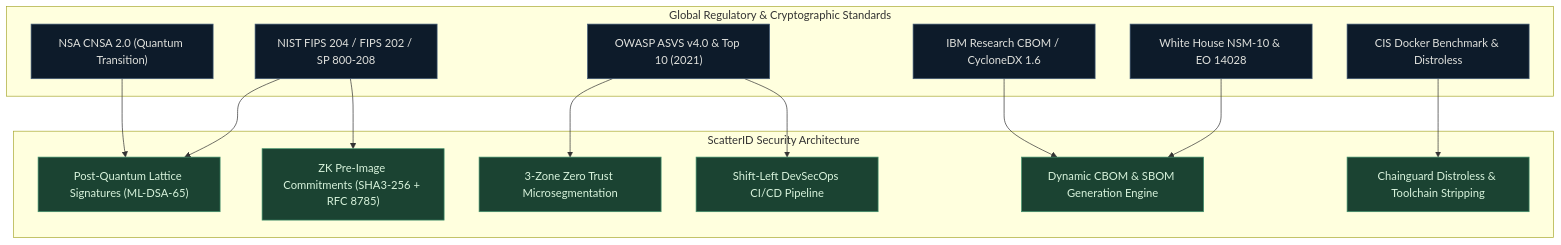
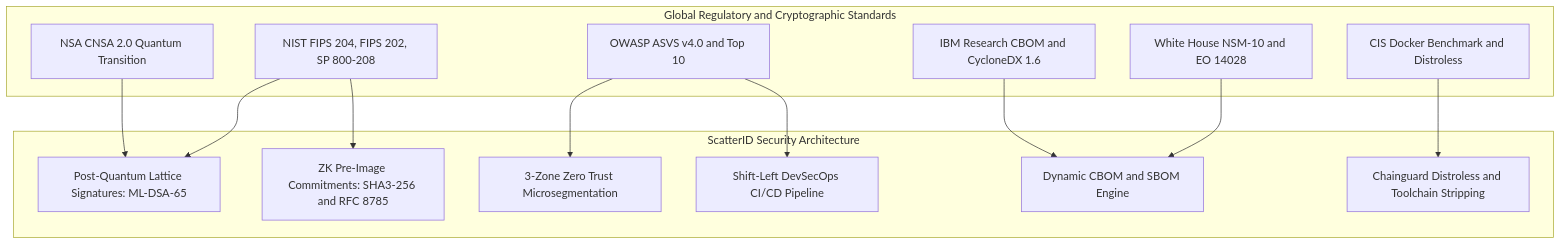
Before and after one commit to 0x4rc4n3/ScatterID: the first of 3 diagrams in README.md, drawn with Mermaid. The commit also changed other lines of this file and 1 other file, not shown here.

Commit message:
docs: fix Mermaid syntax for GitHub rich display rendering

````diff
--- a/README.md
+++ b/README.md
@@ -40,34 +40,29 @@
 ```mermaid
 flowchart TD
-    subgraph STANDARDS["Global Regulatory & Cryptographic Standards"]
-        NIST["NIST FIPS 204 / FIPS 202 / SP 800-208"]
-        NSA["NSA CNSA 2.0 (Quantum Transition)"]
-        WH["White House NSM-10 & EO 14028"]
-        OWASP["OWASP ASVS v4.0 & Top 10 (2021)"]
-        IBM["IBM Research CBOM / CycloneDX 1.6"]
-        CIS["CIS Docker Benchmark & Distroless"]
+    subgraph STANDARDS["Global Regulatory and Cryptographic Standards"]
+        NIST["NIST FIPS 204, FIPS 202, SP 800-208"]
+        NSA["NSA CNSA 2.0 Quantum Transition"]
+        WH["White House NSM-10 and EO 14028"]
+        OWASP["OWASP ASVS v4.0 and Top 10"]
+        IBM["IBM Research CBOM and CycloneDX 1.6"]
+        CIS["CIS Docker Benchmark and Distroless"]
     end
 
     subgraph SCATTERID["ScatterID Security Architecture"]
-        PQC["Post-Quantum Lattice Signatures (ML-DSA-65)"]
-        COMMIT["ZK Pre-Image Commitments (SHA3-256 + RFC 8785)"]
+        PQC["Post-Quantum Lattice Signatures: ML-DSA-65"]
+        COMMIT["ZK Pre-Image Commitments: SHA3-256 and RFC 8785"]
         MICRO["3-Zone Zero Trust Microsegmentation"]
         PIPE["Shift-Left DevSecOps CI/CD Pipeline"]
-        CBOM_ENG["Dynamic CBOM & SBOM Generation Engine"]
-        CONT["Chainguard Distroless & Toolchain Stripping"]
+        CBOM_ENG["Dynamic CBOM and SBOM Engine"]
+        CONT["Chainguard Distroless and Toolchain Stripping"]
     end
 
     NIST --> PQC
     NIST --> COMMIT
     NSA --> PQC
     WH --> CBOM_ENG
     IBM --> CBOM_ENG
     OWASP --> MICRO
     OWASP --> PIPE
     CIS --> CONT
-
-    classDef std fill:#0d1b2a,stroke:#415a77,color:#e0e1dd;
-    classDef sc fill:#1b4332,stroke:#40916c,color:#d8f3dc;
-    class NIST,NSA,WH,OWASP,IBM,CIS std;
-    class PQC,COMMIT,MICRO,PIPE,CBOM_ENG,CONT sc;
 ```
````
